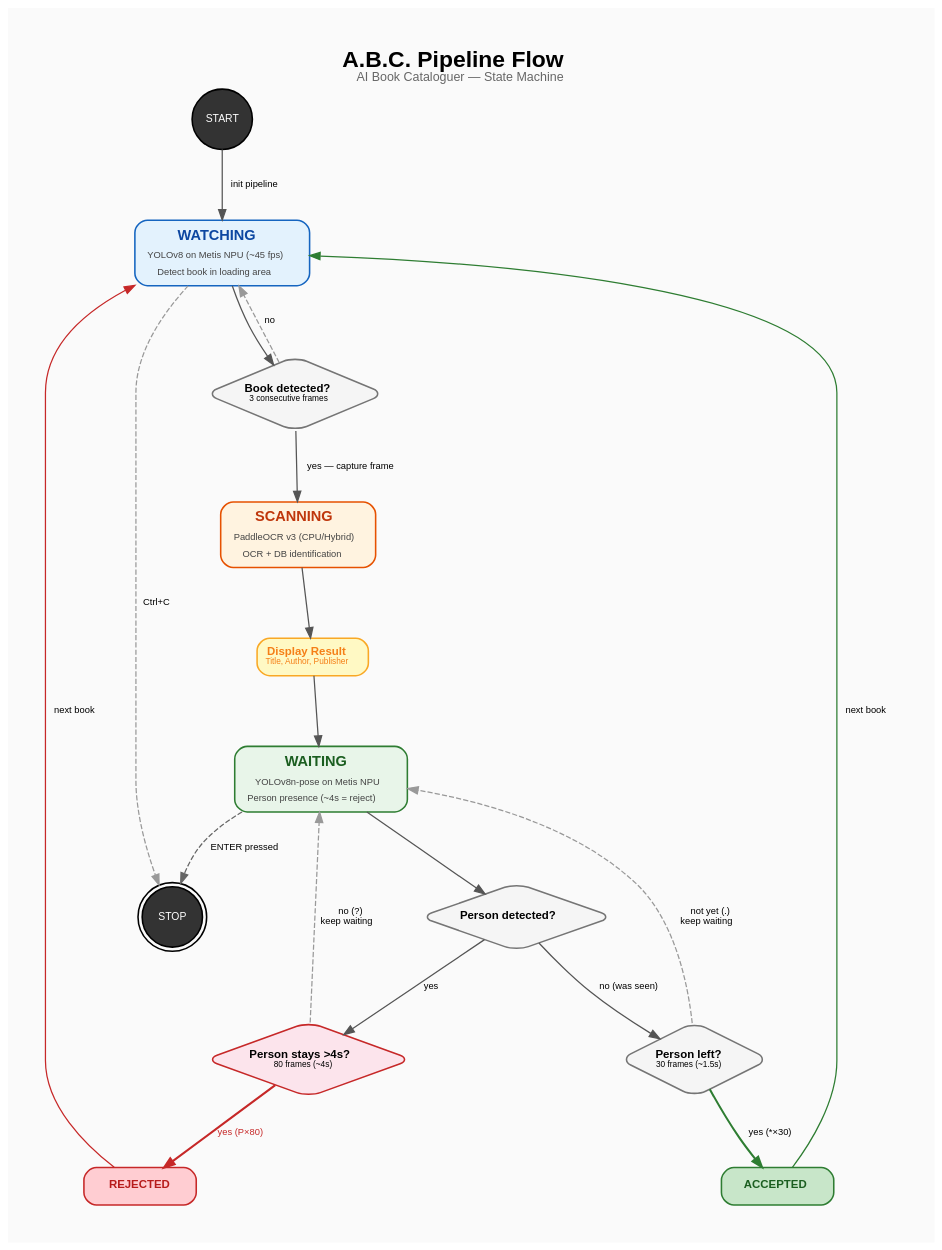
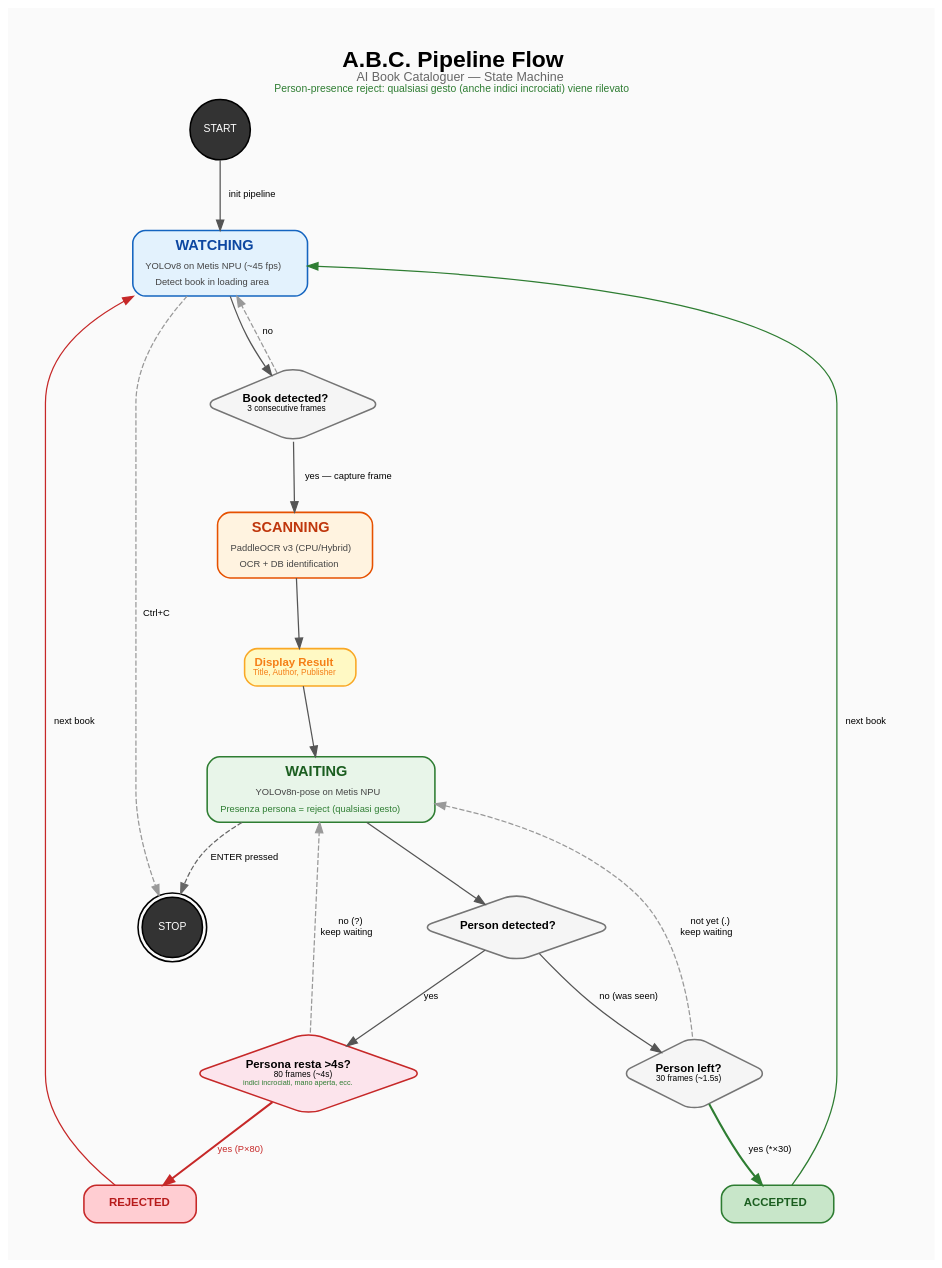
The diagram in software/doc/pipeline_flow.dot (denovo-it/abc), drawn with Graphviz before and after one commit. The commit also changed 2 other files, not shown here.

Commit message:
Update pipeline flow docs: emphasize person-presence reject success
- Any gesture (including crossed fingers) correctly triggers reject
- Updated flow diagram, dot source and PDF

```diff
--- a/software/doc/pipeline_flow.dot
+++ b/software/doc/pipeline_flow.dot
@@ -1,139 +1,139 @@
 digraph ABCPipeline {
     // Graph settings
     rankdir=TB;
     bgcolor="#FAFAFA";
     fontname="Helvetica";
-    label=<<B><FONT POINT-SIZE="22">A.B.C. Pipeline Flow</FONT></B><BR/><FONT POINT-SIZE="12" COLOR="#666666">AI Book Cataloguer — State Machine</FONT>>;
+    label=<<B><FONT POINT-SIZE="22">A.B.C. Pipeline Flow</FONT></B><BR/><FONT POINT-SIZE="12" COLOR="#666666">AI Book Cataloguer — State Machine</FONT><BR/><FONT POINT-SIZE="10" COLOR="#2E7D32">Person-presence reject: qualsiasi gesto (anche indici incrociati) viene rilevato</FONT>>;
     labelloc=t;
     labeljust=c;
     pad=0.5;
     nodesep=0.6;
     ranksep=0.8;
 
     // Default node style
     node [fontname="Helvetica", fontsize=11, style="filled,rounded", shape=box, penwidth=1.5];
     edge [fontname="Helvetica", fontsize=9, color="#555555", penwidth=1.2];
 
     // Start/End
     start [label="START", shape=circle, width=0.8, fixedsize=true,
            fillcolor="#333333", fontcolor="white", fontsize=10];
     stop  [label="STOP",  shape=doublecircle, width=0.8, fixedsize=true,
            fillcolor="#333333", fontcolor="white", fontsize=10];
 
     // === STATE: WATCHING ===
     watching [
         label=<<TABLE BORDER="0" CELLBORDER="0" CELLSPACING="2">
             <TR><TD><B><FONT POINT-SIZE="14">WATCHING</FONT></B></TD></TR>
             <TR><TD><FONT POINT-SIZE="9" COLOR="#444444">YOLOv8 on Metis NPU (~45 fps)</FONT></TD></TR>
             <TR><TD><FONT POINT-SIZE="9" COLOR="#444444">Detect book in loading area</FONT></TD></TR>
         </TABLE>>,
         fillcolor="#E3F2FD", color="#1565C0", fontcolor="#0D47A1"
     ];
 
     // === STATE: SCANNING ===
     scanning [
         label=<<TABLE BORDER="0" CELLBORDER="0" CELLSPACING="2">
             <TR><TD><B><FONT POINT-SIZE="14">SCANNING</FONT></B></TD></TR>
             <TR><TD><FONT POINT-SIZE="9" COLOR="#444444">PaddleOCR v3 (CPU/Hybrid)</FONT></TD></TR>
             <TR><TD><FONT POINT-SIZE="9" COLOR="#444444">OCR + DB identification</FONT></TD></TR>
         </TABLE>>,
         fillcolor="#FFF3E0", color="#E65100", fontcolor="#BF360C"
     ];
 
     // === STATE: WAITING ===
     waiting [
         label=<<TABLE BORDER="0" CELLBORDER="0" CELLSPACING="2">
             <TR><TD><B><FONT POINT-SIZE="14">WAITING</FONT></B></TD></TR>
             <TR><TD><FONT POINT-SIZE="9" COLOR="#444444">YOLOv8n-pose on Metis NPU</FONT></TD></TR>
-            <TR><TD><FONT POINT-SIZE="9" COLOR="#444444">Person presence (~4s = reject)</FONT></TD></TR>
+            <TR><TD><FONT POINT-SIZE="9" COLOR="#2E7D32">Presenza persona = reject (qualsiasi gesto)</FONT></TD></TR>
         </TABLE>>,
         fillcolor="#E8F5E9", color="#2E7D32", fontcolor="#1B5E20"
     ];
 
     // Decision nodes
     book_detected [
         label=<<B>Book detected?</B><BR/><FONT POINT-SIZE="8">3 consecutive frames</FONT>>,
         shape=diamond, fillcolor="#F5F5F5", color="#757575",
         height=1.0, width=2.2
     ];
 
     display_result [
         label=<<B>Display Result</B><BR/><FONT POINT-SIZE="8">Title, Author, Publisher</FONT>>,
         fillcolor="#FFF9C4", color="#F9A825", fontcolor="#F57F17",
         shape=box
     ];
 
     person_check [
         label=<<B>Person detected?</B>>,
         shape=diamond, fillcolor="#F5F5F5", color="#757575",
         height=0.9, width=2.0
     ];
 
     gesture_check [
-        label=<<B>Person stays &gt;4s?</B><BR/><FONT POINT-SIZE="8">80 frames (~4s)</FONT>>,
+        label=<<B>Persona resta &gt;4s?</B><BR/><FONT POINT-SIZE="8">80 frames (~4s)</FONT><BR/><FONT POINT-SIZE="7" COLOR="#2E7D32">indici incrociati, mano aperta, ecc.</FONT>>,
         shape=diamond, fillcolor="#FCE4EC", color="#C62828",
-        height=1.0, width=2.2
+        height=1.1, width=2.4
     ];
 
     person_left [
         label=<<B>Person left?</B><BR/><FONT POINT-SIZE="8">30 frames (~1.5s)</FONT>>,
         shape=diamond, fillcolor="#F5F5F5", color="#757575",
         height=1.0, width=2.0
     ];
 
     // Result nodes
     accepted [
         label=<<B>ACCEPTED</B>>,
         fillcolor="#C8E6C9", color="#2E7D32", fontcolor="#1B5E20",
         shape=box, width=1.5
     ];
 
     rejected [
         label=<<B>REJECTED</B>>,
         fillcolor="#FFCDD2", color="#C62828", fontcolor="#B71C1C",
         shape=box, width=1.5
     ];
 
     // === EDGES ===
 
     // Start -> Watching
     start -> watching [label="  init pipeline"];
 
     // Watching loop
     watching -> book_detected;
     book_detected -> watching [label="  no  ", style=dashed, color="#999999"];
     book_detected -> scanning [label="  yes — capture frame  "];
 
     // Scanning -> Display -> Waiting
     scanning -> display_result;
     display_result -> waiting;
 
     // Waiting logic
     waiting -> person_check;
 
     // Person detected -> gesture check
     person_check -> gesture_check [label="  yes  "];
     person_check -> person_left [label="  no (was seen)  "];
 
     // Gesture outcomes
     gesture_check -> rejected [label=<<FONT COLOR="#C62828">  yes (P×80)  </FONT>>,
                                color="#C62828", penwidth=2.0];
     gesture_check -> waiting [label="  no (?)\nkeep waiting  ", style=dashed, color="#999999"];
 
     // Person left check
     person_left -> accepted [label="  yes (*×30)  ", color="#2E7D32", penwidth=2.0];
     person_left -> waiting [label="  not yet (.)\nkeep waiting  ", style=dashed, color="#999999"];
 
     // Loop back
     accepted -> watching [label="  next book  ", color="#2E7D32", style=bold];
     rejected -> watching [label="  next book  ", color="#C62828", style=bold];
 
     // ENTER -> quit
     waiting -> stop [label="  ENTER pressed  ", style=dashed, color="#666666"];
 
     // Ctrl+C
     watching -> stop [label="  Ctrl+C  ", style=dashed, color="#999999"];
 
     // Rank hints
     {rank=same; accepted; rejected;}
 }
```
